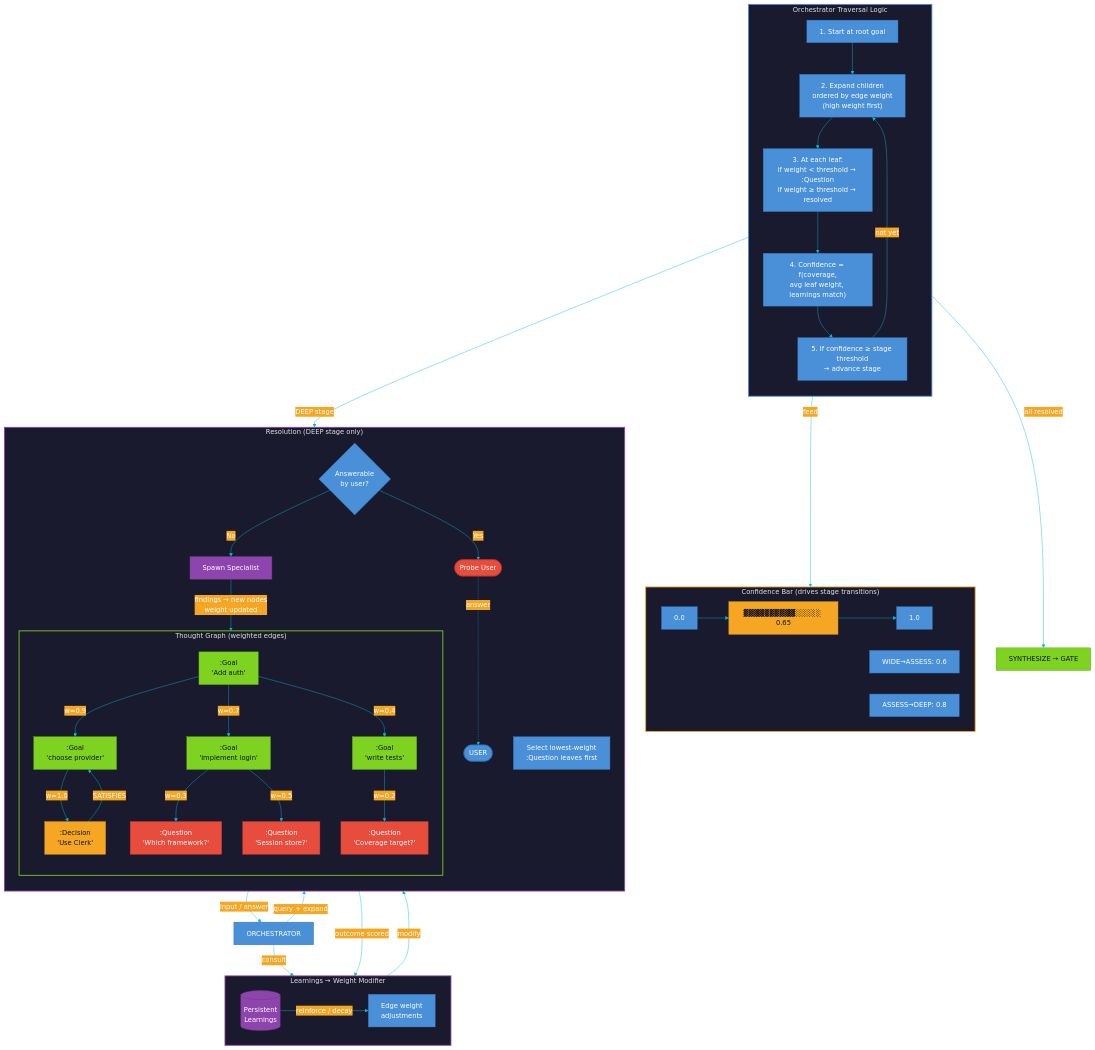
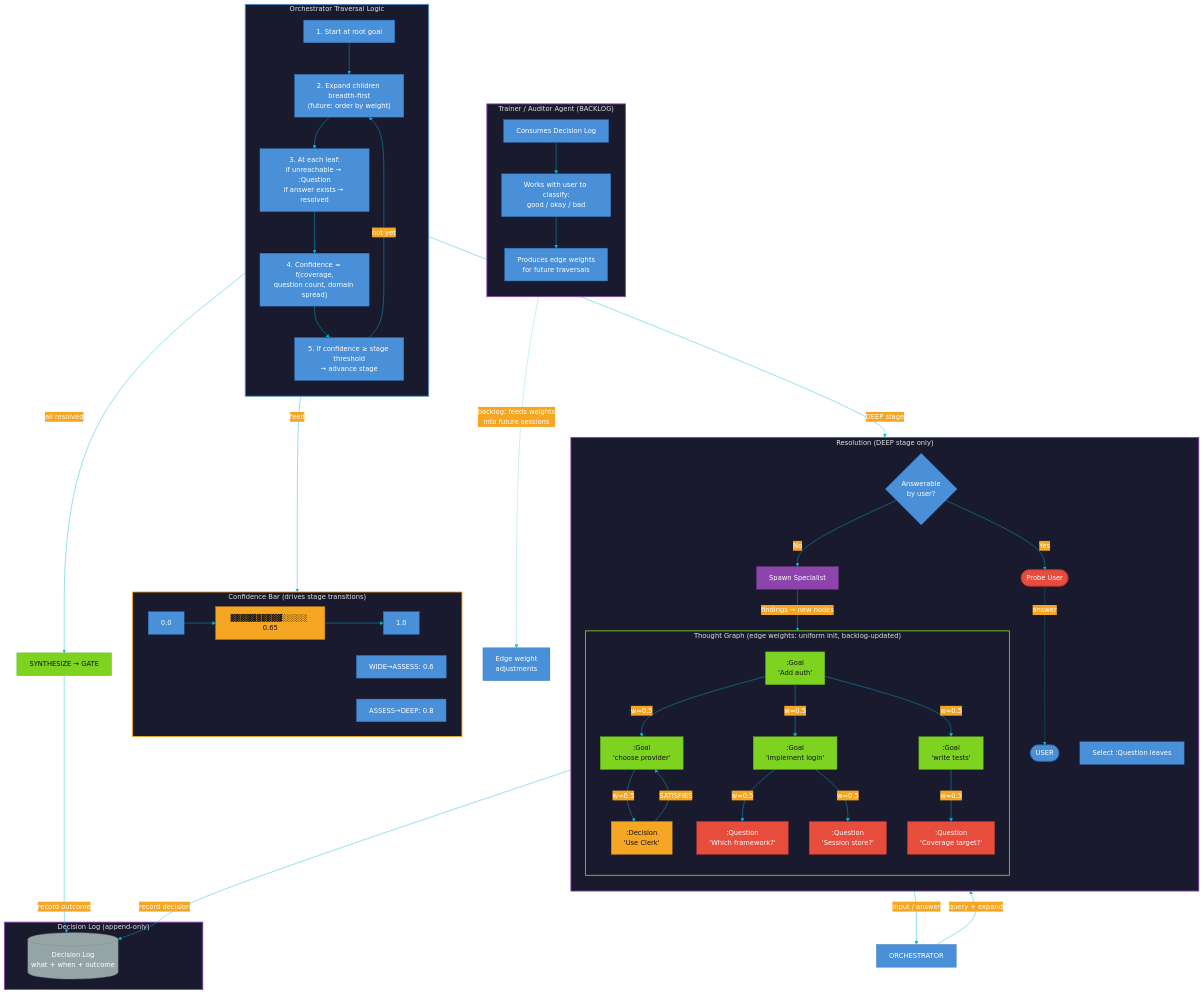
One commit to Kolvinn/local-mcp-server changed the diagram in docs/diagrams/thought-graph-concept-v2-weighted.mmd. Above: the diagram before and after it, drawn with Mermaid. The commit also changed 12 other files, not shown here.

Commit message:
good progress with diagramming

```diff
--- a/docs/diagrams/thought-graph-concept-v2-weighted.mmd
+++ b/docs/diagrams/thought-graph-concept-v2-weighted.mmd
@@ -1,112 +1,120 @@
 ---
 config: {
     "theme": "base",
     "look": "classic",
     "layout": "dagre",
     "themeVariables": {
         "primaryColor": "#4a90d9",
         "primaryTextColor": "#ffffff",
         "primaryBorderColor": "#2c6fb6",
         "secondaryColor": "#f5a623",
         "secondaryTextColor": "#111111",
         "secondaryBorderColor": "#d4891a",
         "tertiaryColor": "#7ed321",
         "tertiaryTextColor": "#111111",
         "tertiaryBorderColor": "#5ea81a",
         "lineColor": "#00bcd4",
         "errorColor": "#e74c3c",
         "errorTextColor": "#ffffff",
         "errorBorderColor": "#c0392b",
         "memoryColor": "#8e44ad",
         "memoryTextColor": "#ffffff",
         "memoryBorderColor": "#6c3483"
     }
 }
 ---
 flowchart TD
     User(["USER"])
 
-    subgraph Learnings["Learnings → Weight Modifier"]
-        direction LR
-        LM[("Persistent<br/>Learnings")]
-        LM -->|"reinforce / decay"| EdgeWeights["Edge weight<br/>adjustments"]
+    subgraph DecisionLog["Decision Log (append-only)"]
+        DL[("Decision Log<br/>what + when + outcome")]
     end
 
-    Orch["ORCHESTRATOR"]
-    User -->|"input / answer"| Orch
+    subgraph FutureTrainer["Trainer / Auditor Agent (BACKLOG)"]
+        direction TB
+        T1["Consumes Decision Log"]
+        T2["Works with user to classify:<br/>good / okay / bad"]
+        T3["Produces edge weights<br/>for future traversals"]
+        T1 --> T2 --> T3
+    end
+
+    T3 -.->|"backlog: feeds weights<br/>into future sessions"| EdgeWeights["Edge weight<br/>adjustments"]
 
     subgraph ConfidenceBar["Confidence Bar (drives stage transitions)"]
         direction LR
         C0["0.0"] --> CBar["▓▓▓▓▓▓▓▓▓▓░░░░░ 0.65"]
         CBar --> C1["1.0"]
         CThresh1["WIDE→ASSESS: 0.6"]
         CThresh2["ASSESS→DEEP: 0.8"]
     end
 
-    subgraph Graph["Thought Graph (weighted edges)"]
+    Orch["ORCHESTRATOR"]
+    User -->|"input / answer"| Orch
+
+    subgraph Graph["Thought Graph (edge weights: uniform init, backlog-updated)"]
         direction TB
         G[":Goal<br/>'Add auth'"]
 
-        G -->|"w=0.9"| SG1[":Goal<br/>'choose provider'"]
-        G -->|"w=0.7"| SG2[":Goal<br/>'implement login'"]
-        G -->|"w=0.4"| SG3[":Goal<br/>'write tests'"]
+        G -->|"w=0.5"| SG1[":Goal<br/>'choose provider'"]
+        G -->|"w=0.5"| SG2[":Goal<br/>'implement login'"]
+        G -->|"w=0.5"| SG3[":Goal<br/>'write tests'"]
 
-        SG1 -->|"w=1.0"| D1[":Decision<br/>'Use Clerk'"]
-        SG2 -->|"w=0.3"| Q1[":Question<br/>'Which framework?'"]
+        SG1 -->|"w=0.5"| D1[":Decision<br/>'Use Clerk'"]
+        SG2 -->|"w=0.5"| Q1[":Question<br/>'Which framework?'"]
         SG2 -->|"w=0.5"| Q2[":Question<br/>'Session store?'"]
-        SG3 -->|"w=0.2"| Q3[":Question<br/>'Coverage target?'"]
+        SG3 -->|"w=0.5"| Q3[":Question<br/>'Coverage target?'"]
 
         D1 -->|"SATISFIES"| SG1
     end
 
     Orch -->|"query + expand"| Graph
-    Orch -->|"consult"| LM
 
     subgraph Traversal["Orchestrator Traversal Logic"]
         direction TB
-        T1["1. Start at root goal"]
-        T2["2. Expand children<br/>ordered by edge weight<br/>(high weight first)"]
-        T3["3. At each leaf:<br/>if weight < threshold → :Question<br/>if weight ≥ threshold → resolved"]
-        T4["4. Confidence = f(coverage,<br/>avg leaf weight, learnings match)"]
-        T5["5. If confidence ≥ stage threshold<br/>→ advance stage"]
-        T1 --> T2 --> T3 --> T4 --> T5
-        T5 -->|"not yet"| T2
+        T1n["1. Start at root goal"]
+        T2n["2. Expand children breadth-first<br/>(future: order by weight)"]
+        T3n["3. At each leaf:<br/>if unreachable → :Question<br/>if answer exists → resolved"]
+        T4n["4. Confidence = f(coverage,<br/>question count, domain spread)"]
+        T5n["5. If confidence ≥ stage threshold<br/>→ advance stage"]
+        T1n --> T2n --> T3n --> T4n --> T5n
+        T5n -->|"not yet"| T2n
     end
 
-    EdgeWeights -->|"modify"| Graph
-    T4 -->|"feed"| CBar
+    T4n -->|"feed"| CBar
 
     subgraph Resolution["Resolution (DEEP stage only)"]
         direction TB
-        R1["Select lowest-weight<br/>:Question leaves first"]
+        R1["Select :Question leaves"]
         R2{"Answerable<br/>by user?"}
         R2 -->|"Yes"| AskUser(["Probe User"])
         R2 -->|"No"| SpawnAgent["Spawn Specialist"]
         AskUser -.->|"answer"| User
-        SpawnAgent -->|"findings → new nodes<br/>weight updated"| Graph
-        SpawnAgent -->|"outcome scored"| LM
+        SpawnAgent -->|"findings → new nodes"| Graph
+        SpawnAgent -->|"record decision"| DL
     end
 
-    T5 -->|"DEEP stage"| R1
+    T5n -->|"DEEP stage"| R1
 
-    T5 -->|"all resolved"| Synth["SYNTHESIZE → GATE"]
+    T5n -->|"all resolved"| Synth["SYNTHESIZE → GATE"]
+    Synth -->|"record outcome"| DL
 
-    style Learnings fill:#1a1a2e,stroke:#8e44ad,stroke-width:2px,color:#e0e0e0
+    style DecisionLog fill:#1a1a2e,stroke:#8e44ad,stroke-width:2px,color:#e0e0e0
+    style FutureTrainer fill:#1a1a2e,stroke:#8e44ad,stroke-width:2px,color:#e0e0e0
     style ConfidenceBar fill:#1a1a2e,stroke:#f5a623,stroke-width:2px,color:#e0e0e0
     style Graph fill:#1a1a2e,stroke:#7ed321,stroke-width:2px,color:#e0e0e0
     style Traversal fill:#1a1a2e,stroke:#4a90d9,stroke-width:2px,color:#e0e0e0
     style Resolution fill:#1a1a2e,stroke:#8e44ad,stroke-width:2px,color:#e0e0e0
     style Orch fill:#4a90d9,stroke:#2c6fb6,color:#fff
-    style LM fill:#8e44ad,stroke:#6c3483,color:#fff
+    style DL fill:#95a5a6,stroke:#7f8c8d,color:#fff
     style CBar fill:#f5a623,stroke:#d4891a,color:#111
     style G fill:#7ed321,stroke:#5ea81a,color:#111
     style SG1 fill:#7ed321,stroke:#5ea81a,color:#111
     style SG2 fill:#7ed321,stroke:#5ea81a,color:#111
     style SG3 fill:#7ed321,stroke:#5ea81a,color:#111
     style D1 fill:#f5a623,stroke:#d4891a,color:#111
     style Q1 fill:#e74c3c,stroke:#c0392b,color:#fff
     style Q2 fill:#e74c3c,stroke:#c0392b,color:#fff
     style Q3 fill:#e74c3c,stroke:#c0392b,color:#fff
     style Synth fill:#7ed321,stroke:#5ea81a,color:#111
     style AskUser fill:#e74c3c,stroke:#c0392b,color:#fff
     style SpawnAgent fill:#8e44ad,stroke:#6c3483,color:#fff
```
